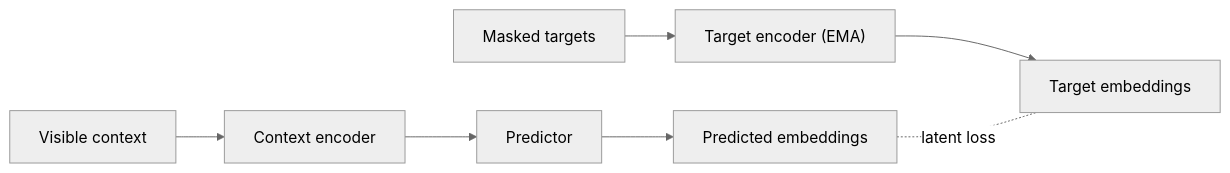
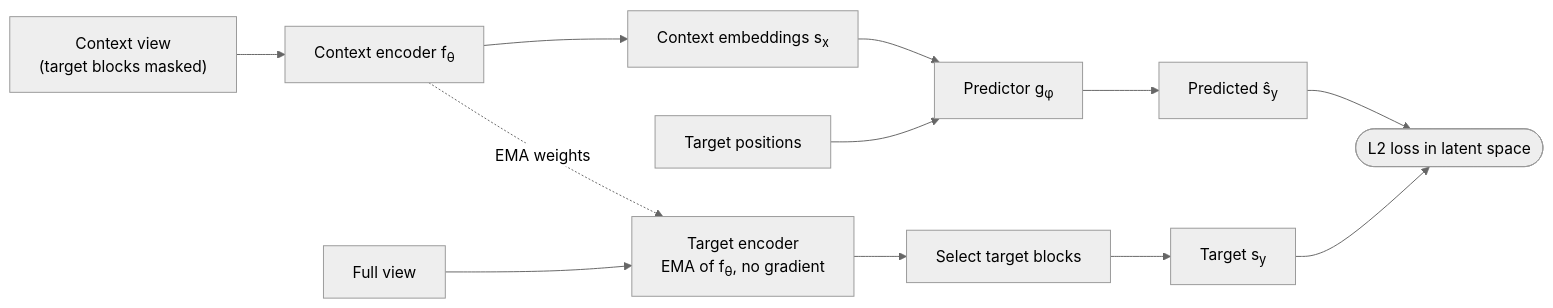
One commit to Big-Matrix-R-And-D-Lab/Awesome-Medical-JEPA changed the diagram in README.md. Above: the diagram before and after it, drawn with Mermaid (neutral theme). The commit also changed 4 other files, not shown here.

First line of the commit message:
feat(site): accurate jepa training diagram on the website and readme

````diff
--- a/README.md
+++ b/README.md
@@ -27,6 +27,9 @@
 ```mermaid
 flowchart LR
-    X["Visible context"] --> EX["Context encoder"] --> P["Predictor"] --> SP["Predicted embeddings"]
-    Y["Masked targets"] --> EY["Target encoder (EMA)"] --> ST["Target embeddings"]
-    SP -. "latent loss" .- ST
+    X["Context view<br/>(target blocks masked)"] --> EX["Context encoder f<sub>θ</sub>"] --> SX["Context embeddings s<sub>x</sub>"] --> P["Predictor g<sub>φ</sub>"] --> SP["Predicted ŝ<sub>y</sub>"]
+    M["Target positions"] --> P
+    Y["Full view"] --> EY["Target encoder<br/>EMA of f<sub>θ</sub>, no gradient"] --> SEL["Select target blocks"] --> ST["Target s<sub>y</sub>"]
+    EX -. "EMA weights" .-> EY
+    SP --> L(["L2 loss in latent space"])
+    ST --> L
 ```
````
